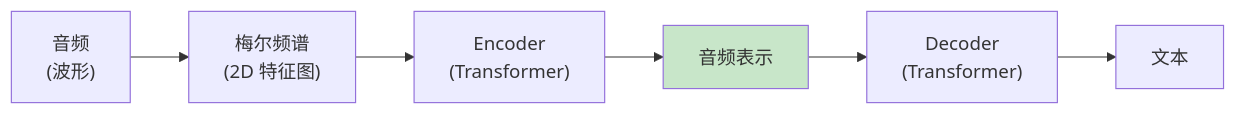
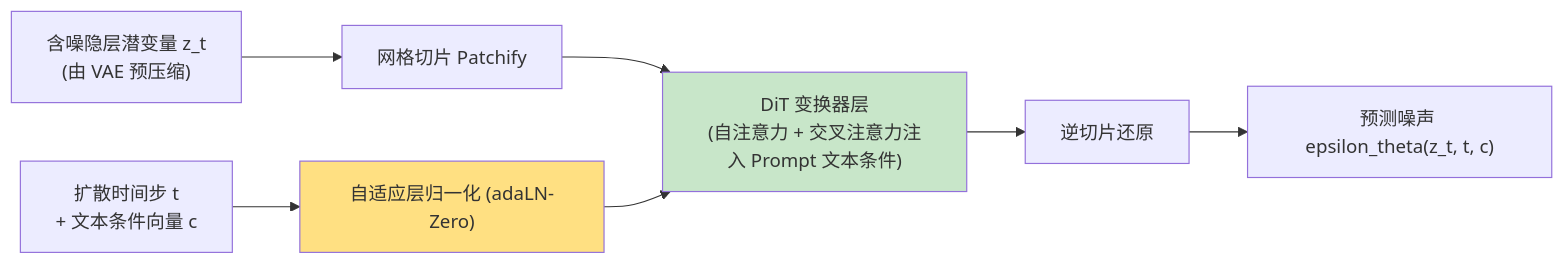
One commit to yingwang/thinking-in-llm changed the fourth of 7 diagrams in chapters/14-multimodal.md. Above: the diagram before and after it, drawn with Mermaid. The commit also changed other lines of this file and 31 other files, not shown here.

````diff
--- a/chapters/14-multimodal.md
+++ b/chapters/14-multimodal.md
@@ -291,10 +136,12 @@
 ```mermaid
 flowchart LR
-    Audio["音频<br>(波形)"] --> Spec["梅尔频谱<br>(2D 特征图)"]
-    Spec --> Enc["Encoder<br>(Transformer)"]
-    Enc --> Hid["音频表示"]
-    Hid --> Dec["Decoder<br>(Transformer)"]
-    Dec --> Text["文本"]
+    Noise["含噪隐层潜变量 z_t<br>(由 VAE 预压缩)"] --> Patchify["网格切片 Patchify"]
+    Patchify --> DiTBlock["DiT 变换器层<br>(自注意力 + 交叉注意力注入 Prompt 文本条件)"]
+    TimeStep["扩散时间步 t<br>+ 文本条件向量 c"] --> AdaLN["自适应层归一化 (adaLN-Zero)"]
+    AdaLN --> DiTBlock
+    DiTBlock --> Unpatchify["逆切片还原"]
+    Unpatchify --> Denoised["预测噪声 epsilon_theta(z_t, t, c)"]
     
-    style Hid fill:#c8e6c9
+    style DiTBlock fill:#c8e6c9
+    style AdaLN fill:#ffe082
 ```
````
